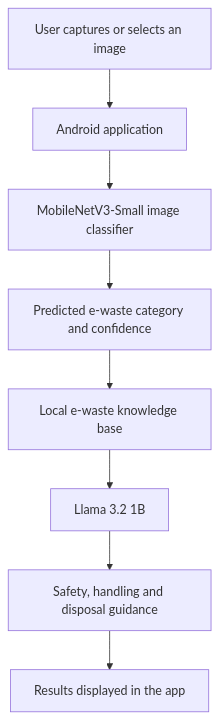
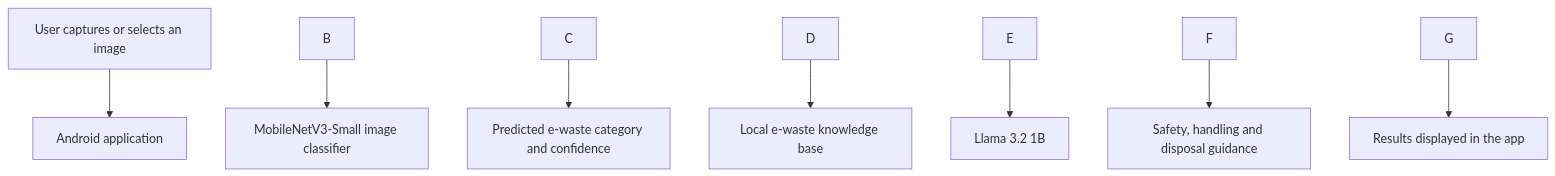
One commit to sj0785333-stack/EcoSort-AI changed the diagram in README.md. Above: the diagram before and after it, drawn with Mermaid. The commit also changed other lines of this file and 1 other file, not shown here.

Commit message:
Add system architecture documentation

````diff
--- a/README.md
+++ b/README.md
@@ -36,10 +52,10 @@
 ```mermaid
 flowchart TD
-    A[User captures or selects an image] --> B[Android application]
-    B --> C[MobileNetV3-Small image classifier]
-    C --> D[Predicted e-waste category and confidence]
-    D --> E[Local e-waste knowledge base]
-    E --> F[Llama 3.2 1B]
-    F --> G[Safety, handling and disposal guidance]
-    G --> H[Results displayed in the app]
+    A\[User captures or selects an image] --> B\[Android application]
+    B --> C\[MobileNetV3-Small image classifier]
+    C --> D\[Predicted e-waste category and confidence]
+    D --> E\[Local e-waste knowledge base]
+    E --> F\[Llama 3.2 1B]
+    F --> G\[Safety, handling and disposal guidance]
+    G --> H\[Results displayed in the app]
 ```
````
